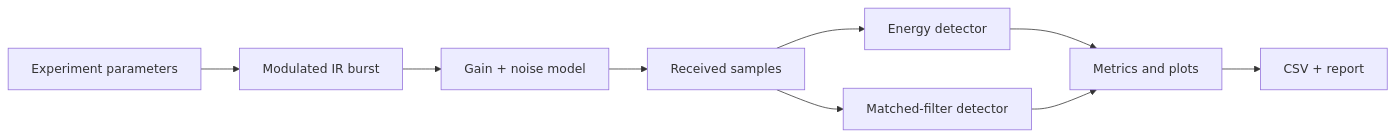
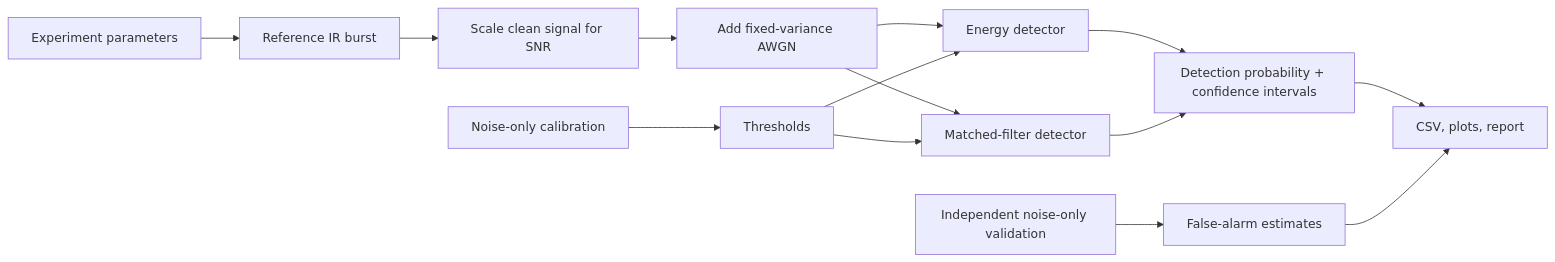
Before and after one commit to yirirx/IRIS-Infrared-Sensing-Platform: the diagram in README.md, drawn with Mermaid. The commit also changed other lines of this file and 9 other files, not shown here.

````diff
--- a/README.md
+++ b/README.md
@@ -57,11 +53,16 @@
 ```mermaid
 flowchart LR
- A[Experiment parameters] --> B[Modulated IR burst]
- B --> C[Gain + noise model]
- C --> D[Received samples]
+ A[Experiment parameters] --> B[Reference IR burst]
+ B --> C[Scale clean signal for SNR]
+ C --> D[Add fixed-variance AWGN]
  D --> E[Energy detector]
  D --> F[Matched-filter detector]
- E --> G[Metrics and plots]
- F --> G
- G --> H[CSV + report]
+ G[Noise-only calibration] --> H[Thresholds]
+ H --> E
+ H --> F
+ E --> I[Detection probability + confidence intervals]
+ F --> I
+ J[Independent noise-only validation] --> K[False-alarm estimates]
+ I --> L[CSV, plots, report]
+ K --> L
 ```
````
